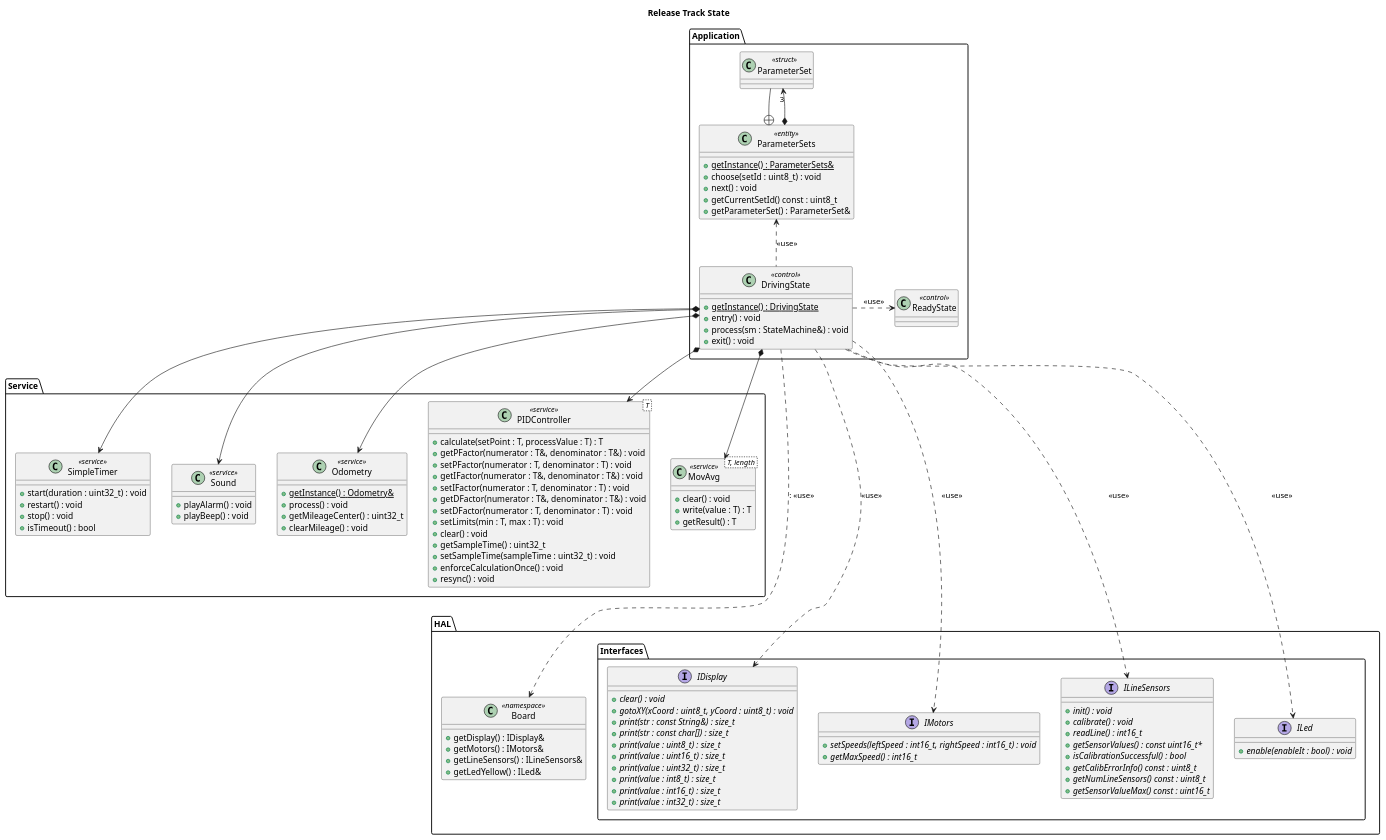
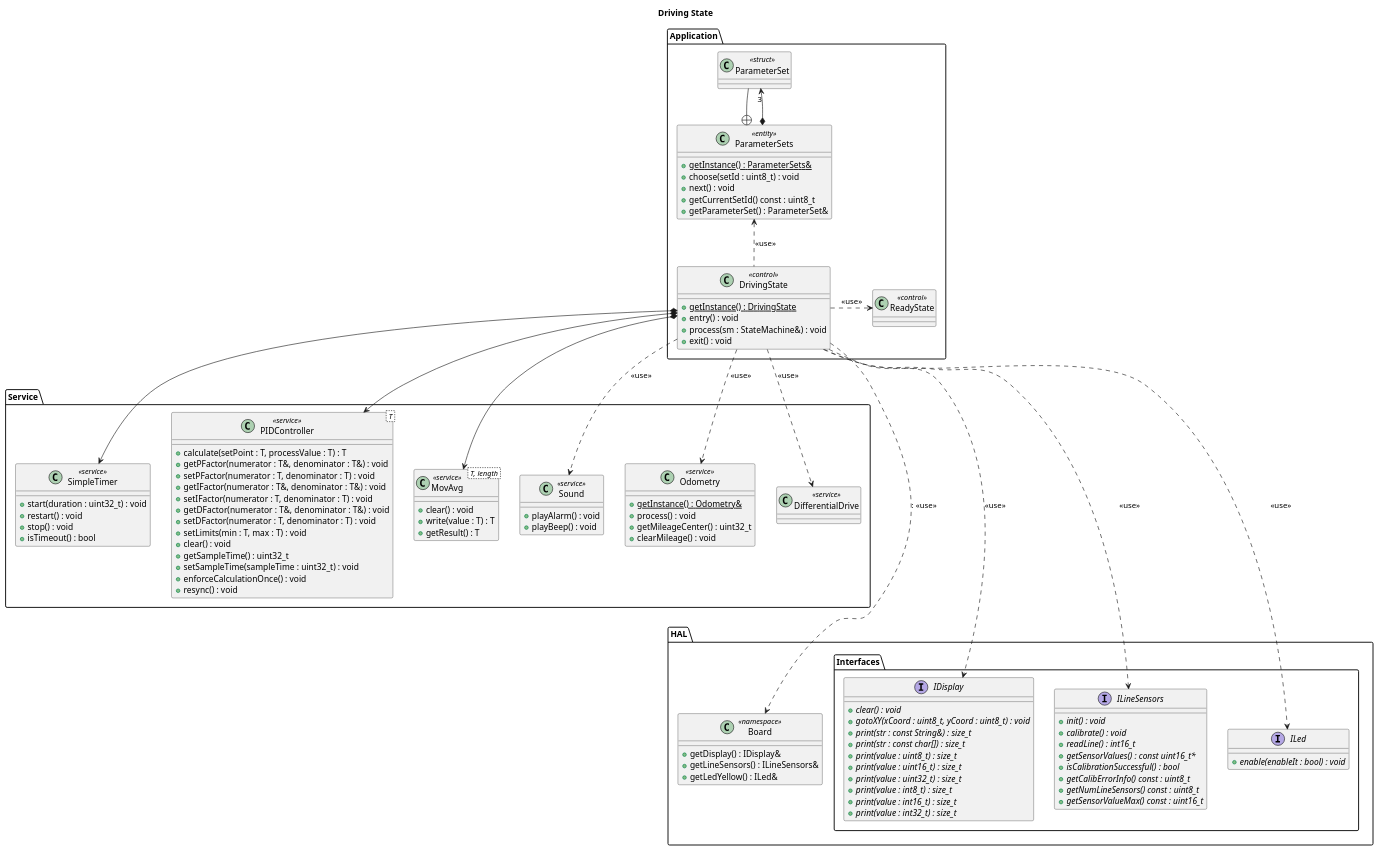
Before and after one commit to BlueAndi/RadonUlzer: the diagram in doc/architecture/uml/LogicalView/LineFollower/DrivingState.plantuml, drawn with PlantUML. The commit also changed 12 other files, not shown here.

Commit message:
The max. motor speed calibration can now be skipped in startup state by pressing "B" button. Button "A" will still calibrate the max. motor speed and stores the result now in the settings.

```diff
--- a/doc/architecture/uml/LogicalView/LineFollower/DrivingState.plantuml
+++ b/doc/architecture/uml/LogicalView/LineFollower/DrivingState.plantuml
@@ -1,133 +1,129 @@
 @startuml
 
-title Release Track State
+title Driving State
 
 package "Application" as appLayer {
 
     class DrivingState <<control>> {
         + {static} getInstance() : DrivingState
         + entry() : void
         + process(sm : StateMachine&) : void
         + exit() : void
     }
 
     class ReadyState <<control>>
 
     class ParameterSet <<struct>>
 
     class ParameterSets <<entity>> {
         + {static} getInstance() : ParameterSets&
         + choose(setId : uint8_t) : void
         + next() : void
         + getCurrentSetId() const : uint8_t
         + getParameterSet() : ParameterSet&
     }
 
     ParameterSet --+ ParameterSets
     ParameterSet "3" <--* ParameterSets
 
     DrivingState .r.> ReadyState: <<use>>
     DrivingState .u.> ParameterSets: <<use>>
 }
 
 package "Service" as serviceLayer {
 
     class SimpleTimer <<service>> {
         + start(duration : uint32_t) : void
         + restart() : void
         + stop() : void
         + isTimeout() : bool
     }
 
     class Sound <<service>> {
         + playAlarm() : void
         + playBeep() : void
     }
 
     class Odometry <<service>> {
         + {static} getInstance() : Odometry&
         + process() : void
         + getMileageCenter() : uint32_t
         + clearMileage() : void
     }
 
     class PIDController < T > <<service>> {
         + calculate(setPoint : T, processValue : T) : T
         + getPFactor(numerator : T&, denominator : T&) : void
         + setPFactor(numerator : T, denominator : T) : void
         + getIFactor(numerator : T&, denominator : T&) : void
         + setIFactor(numerator : T, denominator : T) : void
         + getDFactor(numerator : T&, denominator : T&) : void
         + setDFactor(numerator : T, denominator : T) : void
         + setLimits(min : T, max : T) : void
         + clear() : void
         + getSampleTime() : uint32_t
         + setSampleTime(sampleTime : uint32_t) : void
         + enforceCalculationOnce() : void
         + resync() : void
     }
 
     class MovAvg < T, length > <<service>> {
         + clear() : void
         + write(value : T) : T
         + getResult() : T
     }
+    
+    class DifferentialDrive <<service>>
 }
 
 package "HAL" as hal {
 
     package "Interfaces" as halInterfaces {
         interface IDisplay {
             + {abstract} clear() : void
             + {abstract} gotoXY(xCoord : uint8_t, yCoord : uint8_t) : void
             + {abstract} print(str : const String&) : size_t
             + {abstract} print(str : const char[]) : size_t
             + {abstract} print(value : uint8_t) : size_t
             + {abstract} print(value : uint16_t) : size_t
             + {abstract} print(value : uint32_t) : size_t
             + {abstract} print(value : int8_t) : size_t
             + {abstract} print(value : int16_t) : size_t
             + {abstract} print(value : int32_t) : size_t
-        }
-
-        interface IMotors {
-            + {abstract} setSpeeds(leftSpeed : int16_t, rightSpeed : int16_t) : void
-            + {abstract} getMaxSpeed() : int16_t
         }
 
         interface ILineSensors {
             + {abstract} init() : void
             + {abstract} calibrate() : void
             + {abstract} readLine() : int16_t
             + {abstract} getSensorValues() : const uint16_t*
             + {abstract} isCalibrationSuccessful() : bool
             + {abstract} getCalibErrorInfo() const : uint8_t
             + {abstract} getNumLineSensors() const : uint8_t
             + {abstract} getSensorValueMax() const : uint16_t
         }
 
         interface ILed {
             + {abstract} enable(enableIt : bool) : void
         }
     }
 
     class Board << namespace >> {
         + getDisplay() : IDisplay&
-        + getMotors() : IMotors&
         + getLineSensors() : ILineSensors&
         + getLedYellow() : ILed&
     }
 }
 
-DrivingState *--> SimpleTimer
-DrivingState *--> Sound
-DrivingState *--> Odometry
-DrivingState *--> PIDController
-DrivingState *--> MovAvg
+DrivingState *-> SimpleTimer
+DrivingState ..> Sound: <<use>>
+DrivingState ..> Odometry: <<use>>
+DrivingState *-> PIDController
+DrivingState *-> MovAvg
+DrivingState ..> DifferentialDrive: <<use>>
 DrivingState ...> IDisplay: <<use>>
-DrivingState ...> IMotors: <<use>>
 DrivingState ...> ILineSensors: <<use>>
 DrivingState ...> ILed: <<use>>
 DrivingState ...> Board:: <<use>>
 
 @enduml
```
